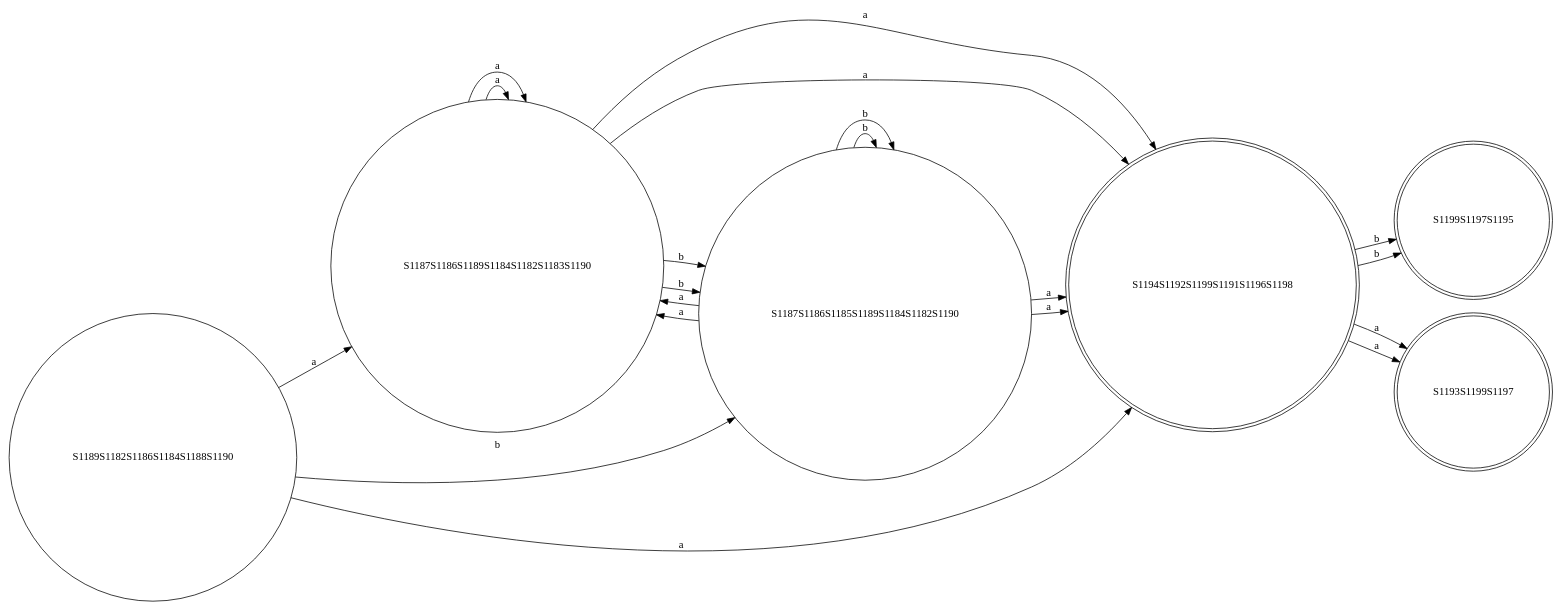
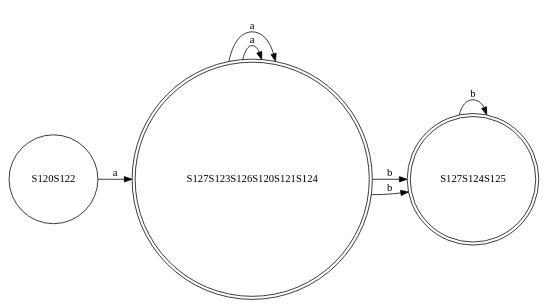
Before and after one commit to abdelazizSalah/RegExp_NFA_DFA_DFAMinimization: the diagram in finalCode/test-output/DFA.gv, drawn with Graphviz. The commit also changed 9 other files, not shown here.

```diff
--- a/finalCode/test-output/DFA.gv
+++ b/finalCode/test-output/DFA.gv
@@ -1,32 +1,14 @@
 // DFA graph
 digraph {
 	graph [rankdir=LR]
-	S1189S1182S1186S1184S1188S1190 [label=S1189S1182S1186S1184S1188S1190 shape=circle]
-	S1189S1182S1186S1184S1188S1190 -> S1187S1186S1189S1184S1182S1183S1190 [label=a]
-	S1189S1182S1186S1184S1188S1190 -> S1187S1186S1185S1189S1184S1182S1190 [label=b]
-	S1189S1182S1186S1184S1188S1190 -> S1194S1192S1199S1191S1196S1198 [label=a]
-	S1187S1186S1189S1184S1182S1183S1190 [label=S1187S1186S1189S1184S1182S1183S1190 shape=circle]
-	S1187S1186S1189S1184S1182S1183S1190 -> S1187S1186S1185S1189S1184S1182S1190 [label=b]
-	S1187S1186S1189S1184S1182S1183S1190 -> S1187S1186S1189S1184S1182S1183S1190 [label=a]
-	S1187S1186S1189S1184S1182S1183S1190 -> S1194S1192S1199S1191S1196S1198 [label=a]
-	S1187S1186S1185S1189S1184S1182S1190 [label=S1187S1186S1185S1189S1184S1182S1190 shape=circle]
-	S1187S1186S1185S1189S1184S1182S1190 -> S1187S1186S1185S1189S1184S1182S1190 [label=b]
-	S1187S1186S1185S1189S1184S1182S1190 -> S1187S1186S1189S1184S1182S1183S1190 [label=a]
-	S1187S1186S1185S1189S1184S1182S1190 -> S1194S1192S1199S1191S1196S1198 [label=a]
-	S1194S1192S1199S1191S1196S1198 [label=S1194S1192S1199S1191S1196S1198 shape=doublecircle]
-	S1194S1192S1199S1191S1196S1198 -> S1199S1197S1195 [label=b]
-	S1194S1192S1199S1191S1196S1198 -> S1193S1199S1197 [label=a]
-	S1187S1186S1185S1189S1184S1182S1190 [label=S1187S1186S1185S1189S1184S1182S1190 shape=circle]
-	S1187S1186S1185S1189S1184S1182S1190 -> S1187S1186S1185S1189S1184S1182S1190 [label=b]
-	S1187S1186S1185S1189S1184S1182S1190 -> S1187S1186S1189S1184S1182S1183S1190 [label=a]
-	S1187S1186S1185S1189S1184S1182S1190 -> S1194S1192S1199S1191S1196S1198 [label=a]
-	S1187S1186S1189S1184S1182S1183S1190 [label=S1187S1186S1189S1184S1182S1183S1190 shape=circle]
-	S1187S1186S1189S1184S1182S1183S1190 -> S1187S1186S1185S1189S1184S1182S1190 [label=b]
-	S1187S1186S1189S1184S1182S1183S1190 -> S1187S1186S1189S1184S1182S1183S1190 [label=a]
-	S1187S1186S1189S1184S1182S1183S1190 -> S1194S1192S1199S1191S1196S1198 [label=a]
-	S1194S1192S1199S1191S1196S1198 [label=S1194S1192S1199S1191S1196S1198 shape=doublecircle]
-	S1194S1192S1199S1191S1196S1198 -> S1199S1197S1195 [label=b]
-	S1194S1192S1199S1191S1196S1198 -> S1193S1199S1197 [label=a]
-	S1199S1197S1195 [label=S1199S1197S1195 shape=doublecircle]
-	S1193S1199S1197 [label=S1193S1199S1197 shape=doublecircle]
+	S120S122 [label=S120S122 shape=circle]
+	S120S122 -> S127S123S126S120S121S124 [label=a]
+	S127S123S126S120S121S124 [label=S127S123S126S120S121S124 shape=doublecircle]
+	S127S123S126S120S121S124 -> S127S123S126S120S121S124 [label=a]
+	S127S123S126S120S121S124 -> S127S124S125 [label=b]
+	S127S123S126S120S121S124 [label=S127S123S126S120S121S124 shape=doublecircle]
+	S127S123S126S120S121S124 -> S127S123S126S120S121S124 [label=a]
+	S127S123S126S120S121S124 -> S127S124S125 [label=b]
+	S127S124S125 [label=S127S124S125 shape=doublecircle]
+	S127S124S125 -> S127S124S125 [label=b]
 }
```
